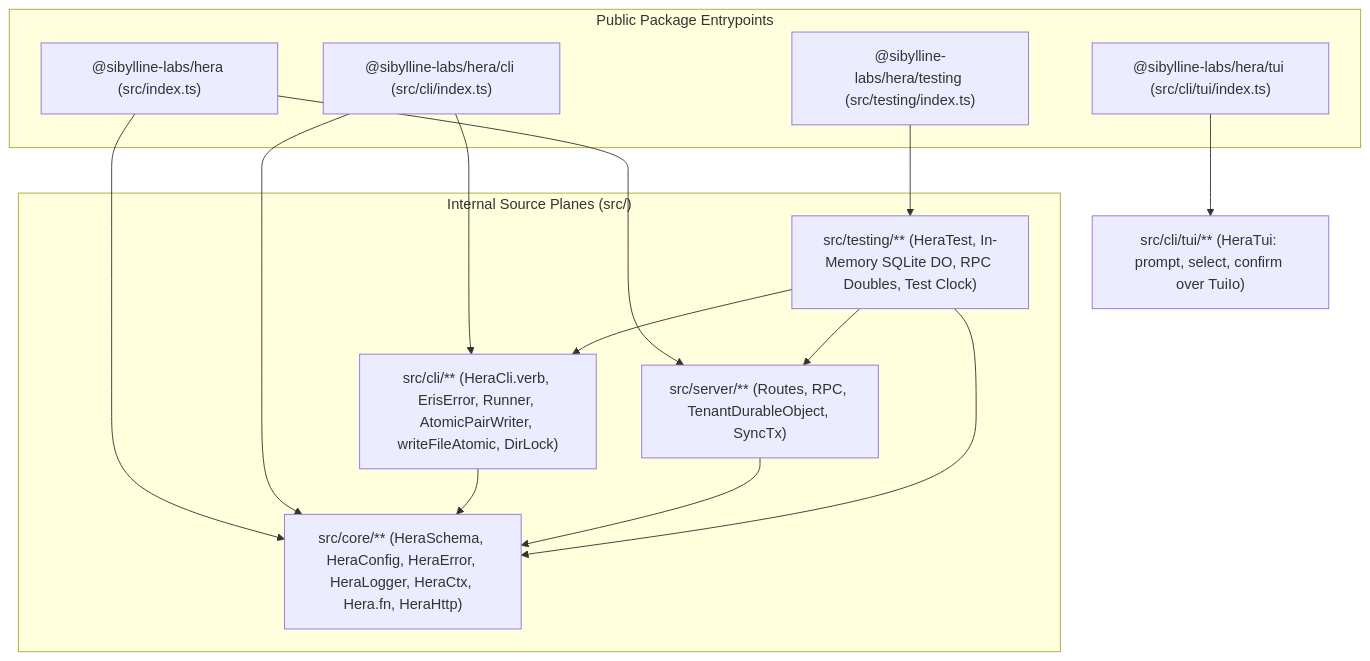
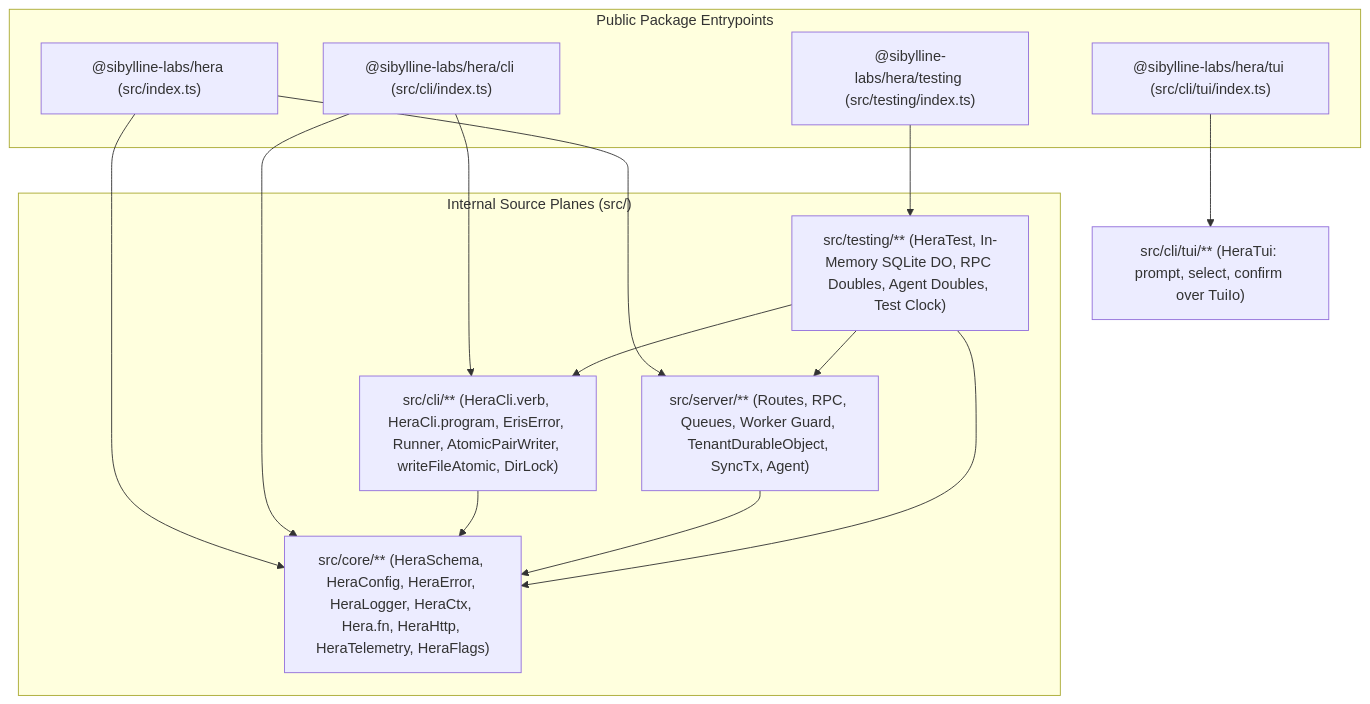
The first of 2 diagrams in docs/ARCHITECTURE.md (sibylline-labs/hera), drawn with Mermaid before and after one commit. The commit also changed other lines of this file and 3 other files, not shown here.

````diff
--- a/docs/ARCHITECTURE.md
+++ b/docs/ARCHITECTURE.md
@@ -9,28 +9,28 @@
 ```mermaid
 flowchart TD
     subgraph Entrypoints["Public Package Entrypoints"]
         Root["@sibylline-labs/hera (src/index.ts)"]
         CliEntry["@sibylline-labs/hera/cli (src/cli/index.ts)"]
         TuiEntry["@sibylline-labs/hera/tui (src/cli/tui/index.ts)"]
         TestEntry["@sibylline-labs/hera/testing (src/testing/index.ts)"]
     end
 
     subgraph Planes["Internal Source Planes (src/)"]
-        Server["src/server/** (Routes, RPC, TenantDurableObject, SyncTx)"]
-        Cli["src/cli/** (HeraCli.verb, ErisError, Runner, AtomicPairWriter, writeFileAtomic, DirLock)"]
-        Core["src/core/** (HeraSchema, HeraConfig, HeraError, HeraLogger, HeraCtx, Hera.fn, HeraHttp)"]
-        Testing["src/testing/** (HeraTest, In-Memory SQLite DO, RPC Doubles, Test Clock)"]
+        Server["src/server/** (Routes, RPC, Queues, Worker Guard, TenantDurableObject, SyncTx, Agent)"]
+        Cli["src/cli/** (HeraCli.verb, HeraCli.program, ErisError, Runner, AtomicPairWriter, writeFileAtomic, DirLock)"]
+        Core["src/core/** (HeraSchema, HeraConfig, HeraError, HeraLogger, HeraCtx, Hera.fn, HeraHttp, HeraTelemetry, HeraFlags)"]
+        Testing["src/testing/** (HeraTest, In-Memory SQLite DO, RPC Doubles, Agent Doubles, Test Clock)"]
     end
 
     Root --> Server
     Root --> Core
     CliEntry --> Cli
     CliEntry --> Core
     TuiEntry --> Tui["src/cli/tui/** (HeraTui: prompt, select, confirm over TuiIo)"]
     Cli --> Core
     Server --> Core
     TestEntry --> Testing
     Testing --> Server
     Testing --> Cli
     Testing --> Core
 ```
````
